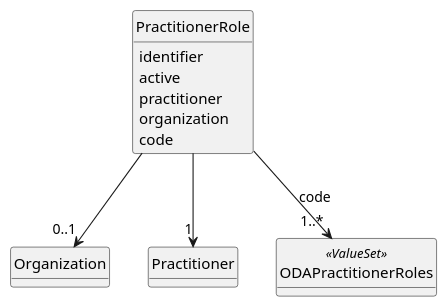
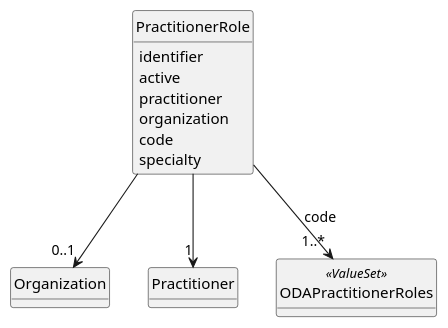
The diagram in ODA-Roles.plantuml (omahoito/rfc), drawn with PlantUML before and after one commit.

Commit message:
Added specialty

```diff
--- a/ODA-Roles.plantuml
+++ b/ODA-Roles.plantuml
@@ -1,27 +1,28 @@
 @startuml
 
 class Organization{
 	
 }
 class Practitioner {
 	
 }
 class PractitionerRole {
 
 	identifier
 	active
 	practitioner
 	organization
 	code
+	specialty
 }
 
 class ODAPractitionerRoles<<ValueSet>> 
 
 hide circle
 hide methods
 
 PractitionerRole --> "0..1" Organization
 PractitionerRole --> "1" Practitioner
 PractitionerRole --> "1..*" ODAPractitionerRoles : code
 
 @enduml
```
